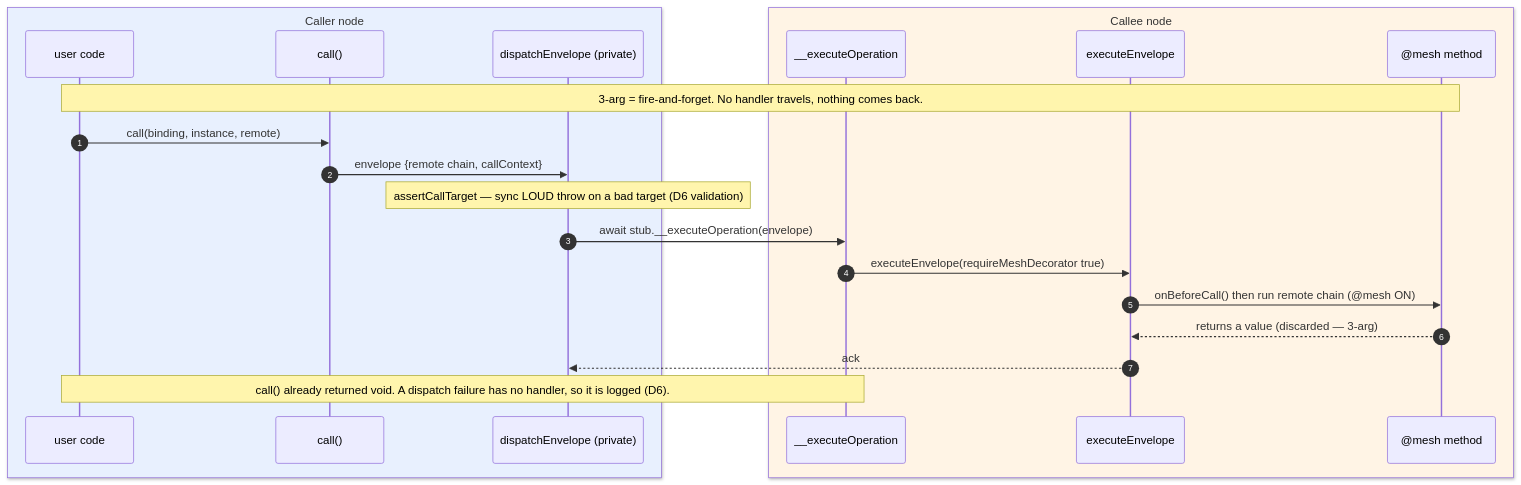
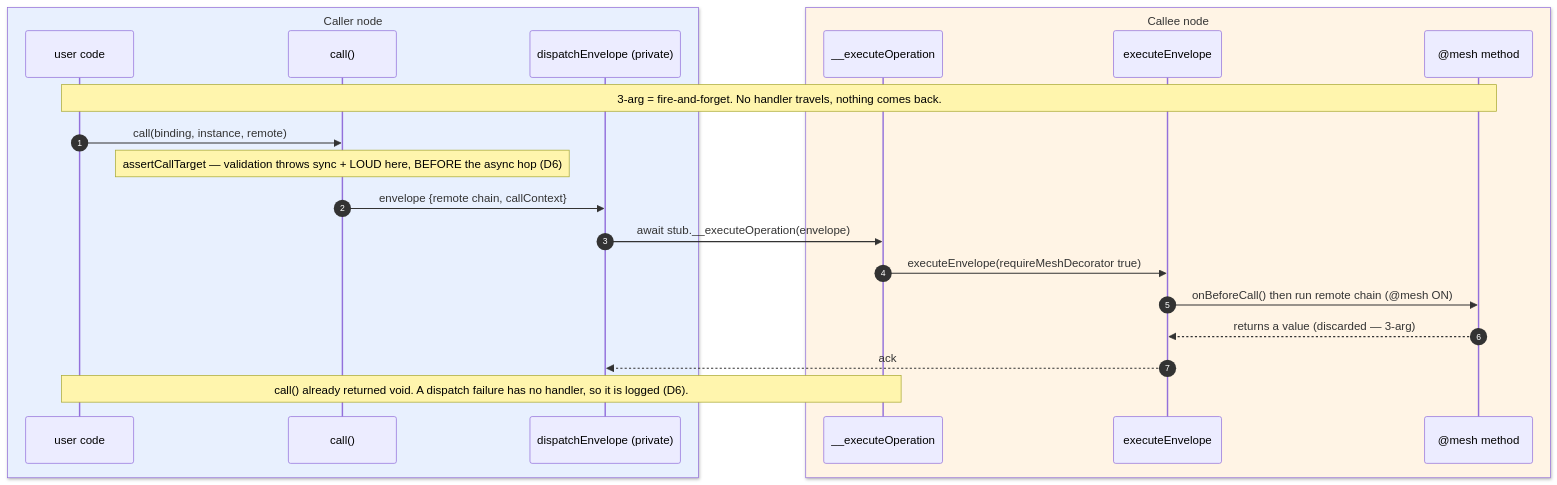
The fourth of 6 diagrams in tasks/mesh-continuation-only-calls.md (lumenize/lumenize), drawn with Mermaid before and after one commit. The commit also changed other lines of this file and 4 other files, not shown here.

````diff
--- a/tasks/mesh-continuation-only-calls.md
+++ b/tasks/mesh-continuation-only-calls.md
@@ -268,24 +164,24 @@
 ```mermaid
 sequenceDiagram
     autonumber
     box rgb(232,240,254) Caller node
     participant U as user code
     participant CALL as call()
     participant DISP as dispatchEnvelope (private)
     end
     box rgb(255,244,229) Callee node
     participant XOP as __executeOperation
     participant XENV as executeEnvelope
     participant CU as @mesh method
     end
     Note over U,CU: 3-arg = fire-and-forget. No handler travels, nothing comes back.
     U->>CALL: call(binding, instance, remote)
+    Note over CALL: assertCallTarget — validation throws sync + LOUD here, BEFORE the async hop (D6)
     CALL->>DISP: envelope {remote chain, callContext}
-    Note over DISP: assertCallTarget — sync LOUD throw on a bad target (D6 validation)
     DISP->>XOP: await stub.__executeOperation(envelope)
     XOP->>XENV: executeEnvelope(requireMeshDecorator true)
     XENV->>CU: onBeforeCall() then run remote chain (@mesh ON)
     CU-->>XENV: returns a value (discarded — 3-arg)
     XENV-->>DISP: ack
     Note over U,XOP: call() already returned void. A dispatch failure has no handler, so it is logged (D6).
 ```
````
